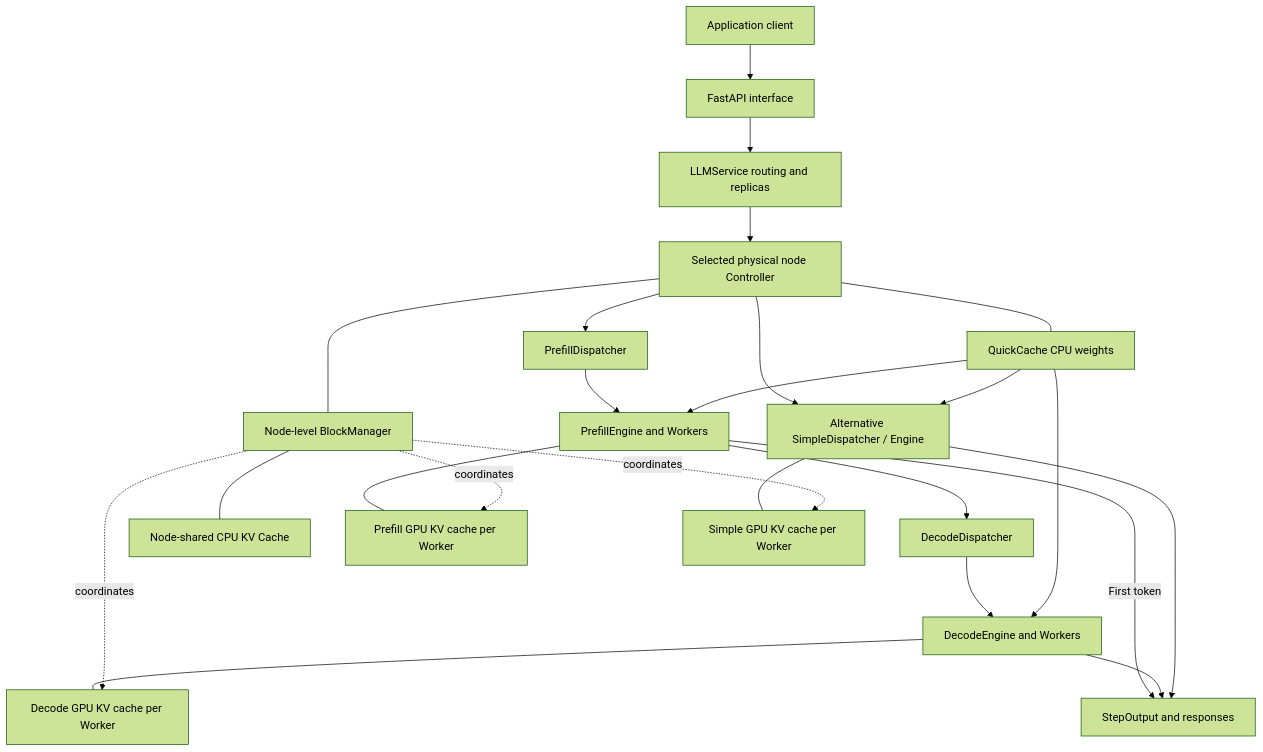
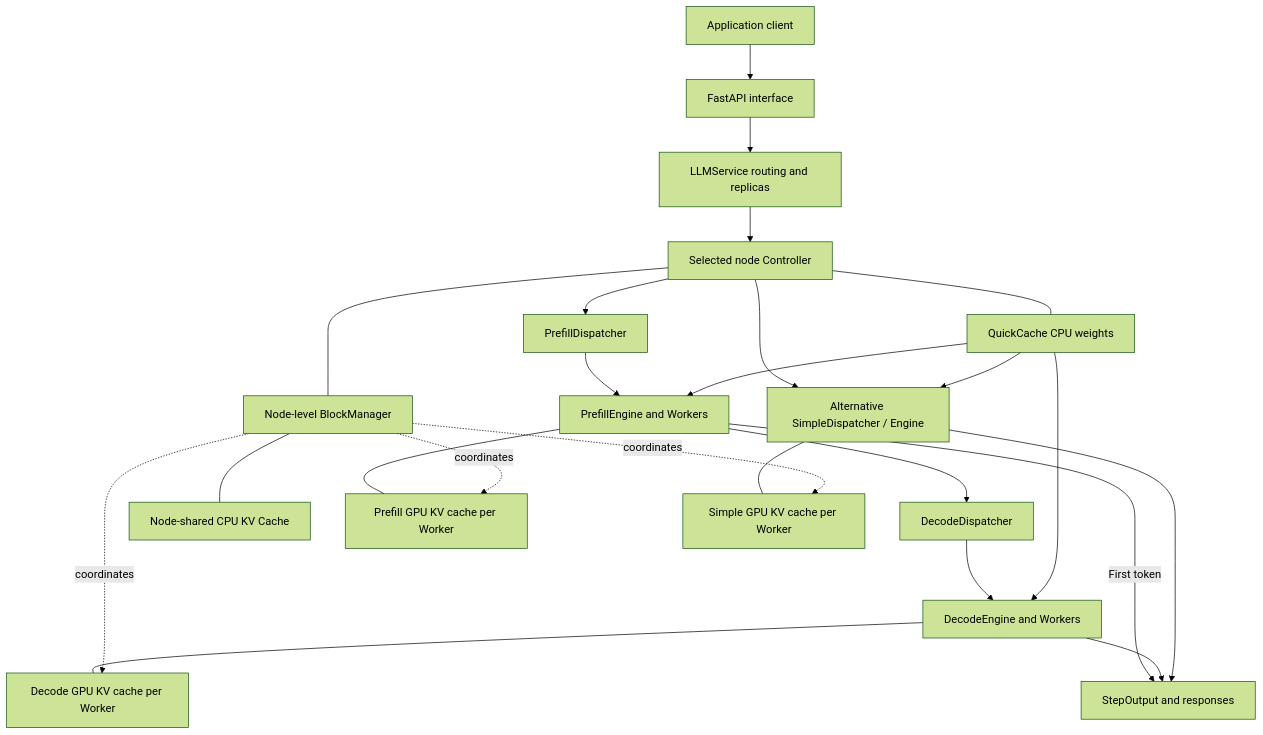
One commit to asceticism-pku/aegaeon-preview changed the diagram in docs/en/architecture.md. Above: the diagram before and after it, drawn with Mermaid (forest theme). The commit also changed other lines of this file and 51 other files, not shown here.

````diff
--- a/docs/en/architecture.md
+++ b/docs/en/architecture.md
@@ -3,26 +3,26 @@
 ```mermaid
 flowchart TD
     Client[Application client] --> API[FastAPI interface]
     API --> Service[LLMService routing and replicas]
-    Service --> Ctrl[Selected physical node Controller]
+    Service --> Ctrl[Selected node Controller]
     Ctrl --> PD[PrefillDispatcher]
     PD --> PE[PrefillEngine and Workers]
     PE -->|First token| Out[StepOutput and responses]
     PE --> DD[DecodeDispatcher]
     DD --> DE[DecodeEngine and Workers]
     DE --> Out
     Ctrl --> Simple[Alternative SimpleDispatcher / Engine]
     Simple --> Out
     Ctrl --- BM[Node-level BlockManager]
     BM --- CPU[Node-shared CPU KV Cache]
     PE --- PKV[Prefill GPU KV cache per Worker]
     DE --- DKV[Decode GPU KV cache per Worker]
     Simple --- SKV[Simple GPU KV cache per Worker]
     BM -. coordinates .-> PKV
     BM -. coordinates .-> DKV
     BM -. coordinates .-> SKV
     Ctrl --- QC[QuickCache CPU weights]
     QC --> PE
     QC --> DE
     QC --> Simple
 ```
````
